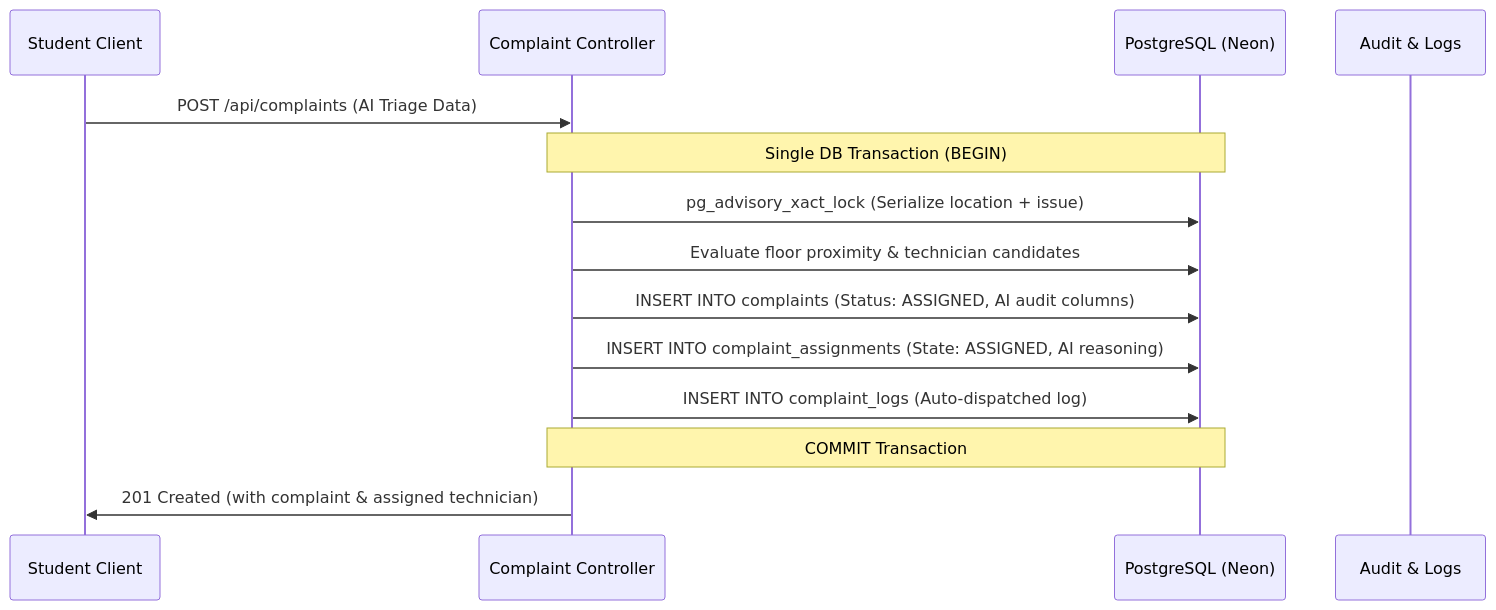
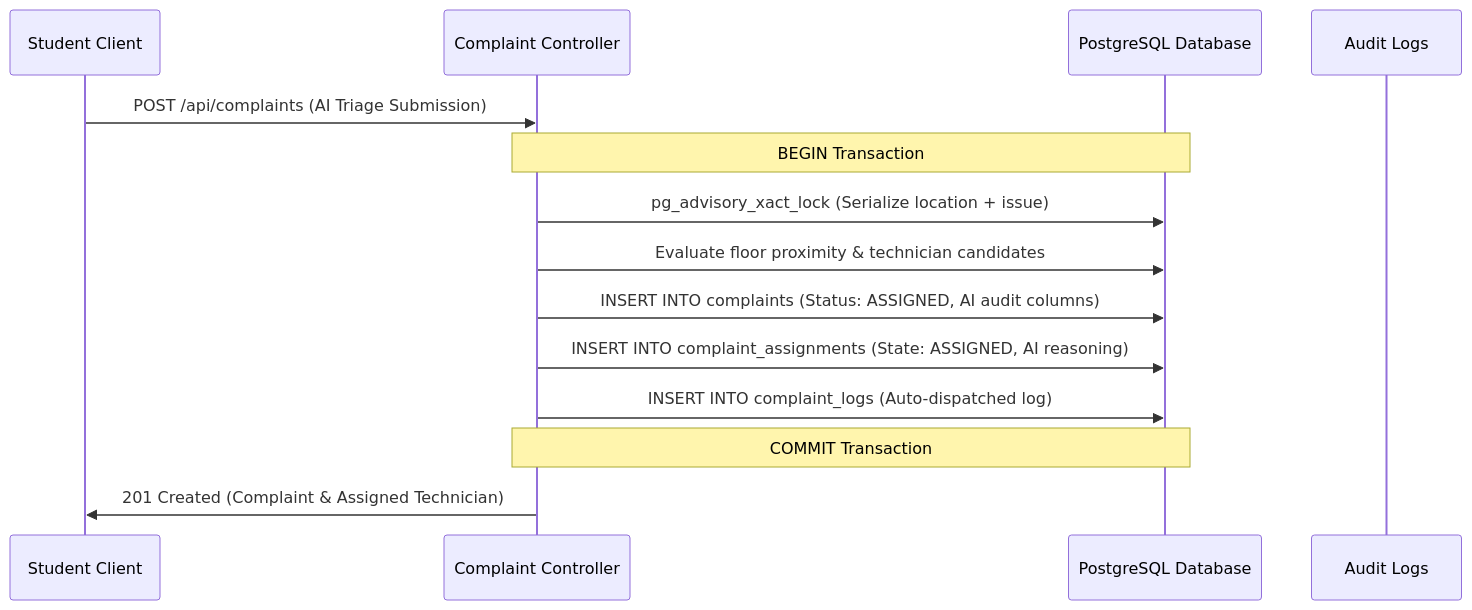
Before and after one commit to Divyakush2006/FixMaster: the diagram in docs/course_report_ai_section.md, drawn with Mermaid. The commit also changed other lines of this file and 17 other files, not shown here.

````diff
--- a/docs/course_report_ai_section.md
+++ b/docs/course_report_ai_section.md
@@ -29,17 +28,17 @@
 ```mermaid
 sequenceDiagram
     participant S as Student Client
     participant C as Complaint Controller
-    participant DB as PostgreSQL (Neon)
-    participant L as Audit & Logs
+    participant DB as PostgreSQL Database
+    participant L as Audit Logs
 
-    S->>C: POST /api/complaints (AI Triage Data)
-    Note over C,DB: Single DB Transaction (BEGIN)
+    S->>C: POST /api/complaints (AI Triage Submission)
+    Note over C,DB: BEGIN Transaction
     C->>DB: pg_advisory_xact_lock (Serialize location + issue)
     C->>DB: Evaluate floor proximity & technician candidates
     C->>DB: INSERT INTO complaints (Status: ASSIGNED, AI audit columns)
     C->>DB: INSERT INTO complaint_assignments (State: ASSIGNED, AI reasoning)
     C->>DB: INSERT INTO complaint_logs (Auto-dispatched log)
     Note over C,DB: COMMIT Transaction
-    C->>S: 201 Created (with complaint & assigned technician)
+    C->>S: 201 Created (Complaint & Assigned Technician)
 ```
````
